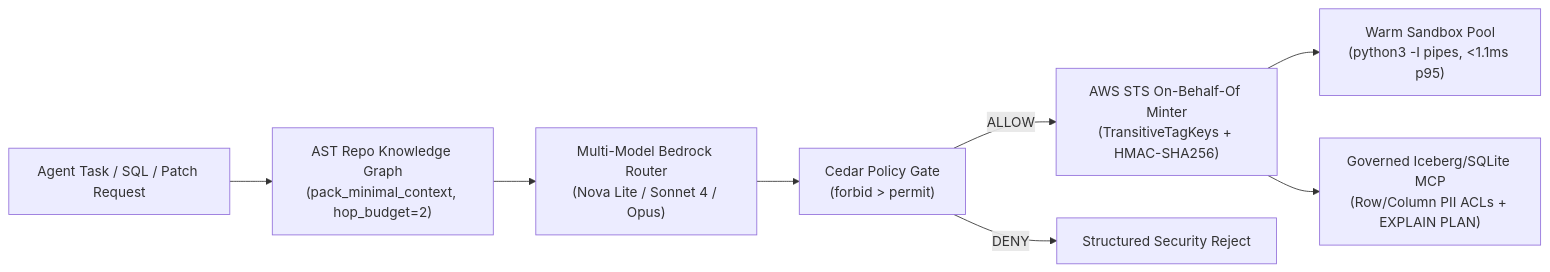
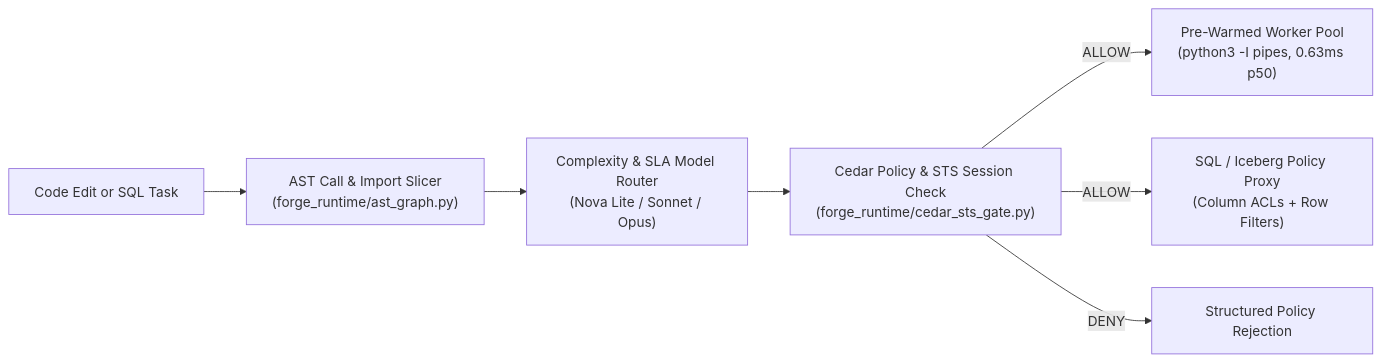
One commit to ritwikareddykancharla/forge-runtime changed the diagram in README.md. Above: the diagram before and after it, drawn with Mermaid. The commit also changed other lines of this file, not shown here.

````diff
--- a/README.md
+++ b/README.md
@@ -22,10 +23,9 @@
 ```mermaid
 flowchart LR
-    Task["Agent Task / SQL / Patch Request"] --> AST["AST Repo Knowledge Graph\n(pack_minimal_context, hop_budget=2)"]
-    AST --> Router["Multi-Model Bedrock Router\n(Nova Lite / Sonnet 4 / Opus)"]
-    Router --> Gate["Cedar Policy Gate\n(forbid > permit)"]
-    Gate -->|ALLOW| STS["AWS STS On-Behalf-Of Minter\n(TransitiveTagKeys + HMAC-SHA256)"]
-    Gate -->|DENY| Reject["Structured Security Reject"]
-    STS --> Sandbox["Warm Sandbox Pool\n(python3 -I pipes, <1.1ms p95)"]
-    STS --> LakeMCP["Governed Iceberg/SQLite MCP\n(Row/Column PII ACLs + EXPLAIN PLAN)"]
+    Req["Code Edit or SQL Task"] --> AST["AST Call & Import Slicer\n(forge_runtime/ast_graph.py)"]
+    AST --> Router["Complexity & SLA Model Router\n(Nova Lite / Sonnet / Opus)"]
+    Router --> Cedar["Cedar Policy & STS Session Check\n(forge_runtime/cedar_sts_gate.py)"]
+    Cedar -->|ALLOW| Sandbox["Pre-Warmed Worker Pool\n(python3 -I pipes, 0.63ms p50)"]
+    Cedar -->|ALLOW| SQLProxy["SQL / Iceberg Policy Proxy\n(Column ACLs + Row Filters)"]
+    Cedar -->|DENY| Reject["Structured Policy Rejection"]
 ```
````
